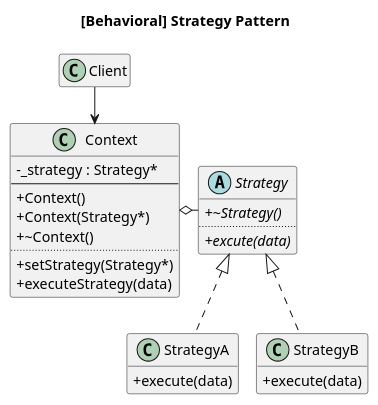
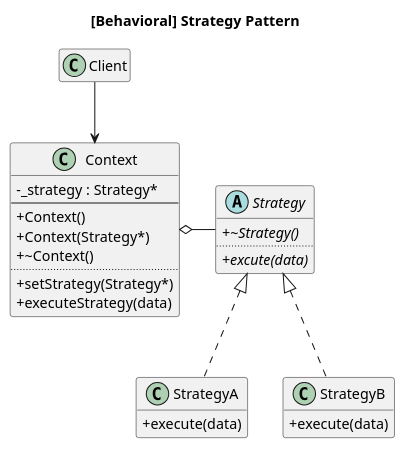
Before and after one commit to nampluskr/design_patterns: the diagram in plantuml/_strategy.puml, drawn with PlantUML. The commit also changed 4 other files, not shown here.

```diff
--- a/plantuml/_strategy.puml
+++ b/plantuml/_strategy.puml
@@ -1,43 +1,38 @@
 @startuml
-!pragma layout smetana
+'!pragma layout smetana
 skinparam classAttributeIconSize 0
 
 title [Behavioral] Strategy Pattern
 
-together {
 class Client
 class Context {
     - _strategy : Strategy*
     --
     + Context()
     + Context(Strategy*)
     + ~Context()
     ..
     + setStrategy(Strategy*)
     + executeStrategy(data)
 }
-}
-Client --> Context
 
-
-together {
 Abstract Strategy {
     + {abstract} ~Strategy()
     ..
     + {abstract} excute(data)
 }
 class StrategyA {
     + execute(data)
 }
 class StrategyB {
     + execute(data)
 }
-}
+
+Client --> Context
+Context o- Strategy
 Strategy <|.. StrategyA
 Strategy <|.. StrategyB
-
-Context o-r- Strategy
 
 hide empty members
 
 @enduml
```
